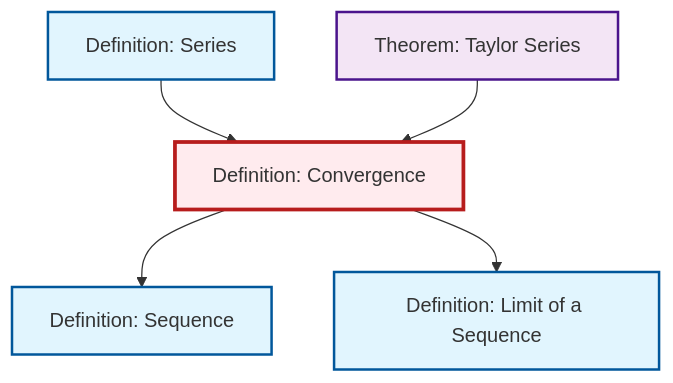
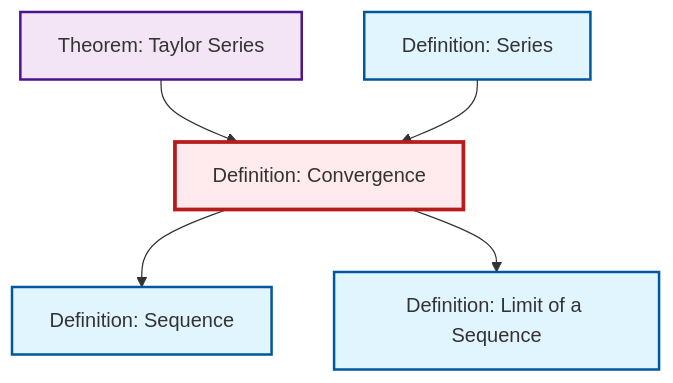
The diagram in content/ja/analysis/def-convergence.qmd (RK0429/ModernMath), drawn with Mermaid before and after one commit. The commit also changed other lines of this file and 554 other files, not shown here.

````diff
--- a/content/ja/analysis/def-convergence.qmd
+++ b/content/ja/analysis/def-convergence.qmd
@@ -77,23 +77,23 @@
 ```{mermaid}
 %%| fig-cap: "Local dependency graph"
 graph TD
     classDef definition fill:#e1f5fe,stroke:#01579b,stroke-width:2px
     classDef theorem fill:#f3e5f5,stroke:#4a148c,stroke-width:2px
     classDef axiom fill:#fff3e0,stroke:#e65100,stroke-width:2px
     classDef example fill:#e8f5e9,stroke:#1b5e20,stroke-width:2px
     classDef current fill:#ffebee,stroke:#b71c1c,stroke-width:3px
     def-sequence["Definition: Sequence"]:::definition
     def-series["Definition: Series"]:::definition
+    thm-taylor-series["Theorem: Taylor Series"]:::theorem
     def-limit["Definition: Limit of a Sequence"]:::definition
     def-convergence["Definition: Convergence"]:::definition
-    thm-taylor-series["Theorem: Taylor Series"]:::theorem
+    thm-taylor-series --> def-convergence
+    def-convergence --> def-sequence
+    def-convergence --> def-limit
     def-series --> def-convergence
-    def-convergence --> def-sequence
-    thm-taylor-series --> def-convergence
-    def-convergence --> def-limit
     class def-convergence current
     click def-sequence "def-sequence.html" "Definition: Sequenceへ"
     click def-series "def-series.html" "Definition: Seriesへ"
+    click thm-taylor-series "thm-taylor-series.html" "Theorem: Taylor Seriesへ"
     click def-limit "def-limit.html" "Definition: Limit of a Sequenceへ"
-    click thm-taylor-series "thm-taylor-series.html" "Theorem: Taylor Seriesへ"
 ```
````
